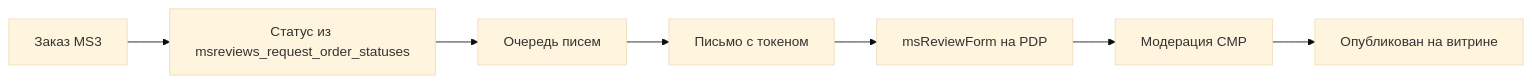
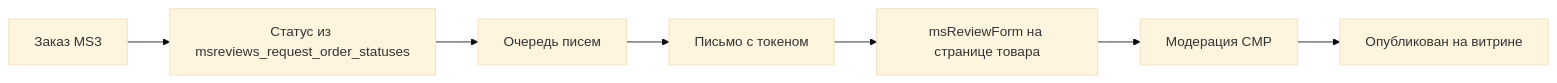
Before and after one commit to modx-pro/Docs: the diagram in docs/components/msreviews/index.md, drawn with Mermaid (base theme). The commit also changed other lines of this file and 43 other files, not shown here.

First line of the commit message:
docs(msreviews): заменить PDP на «страница товара»

````diff
--- a/docs/components/msreviews/index.md
+++ b/docs/components/msreviews/index.md
@@ -145,11 +145,11 @@
 ```mermaid
 flowchart LR
   order[Заказ MS3]
   status[Статус из msreviews_request_order_statuses]
   queue[Очередь писем]
   email[Письмо с токеном]
-  form[msReviewForm на PDP]
+  form[msReviewForm на странице товара]
   mod[Модерация CMP]
   pub[Опубликован на витрине]
   order --> status --> queue --> email --> form --> mod --> pub
 ```
````
